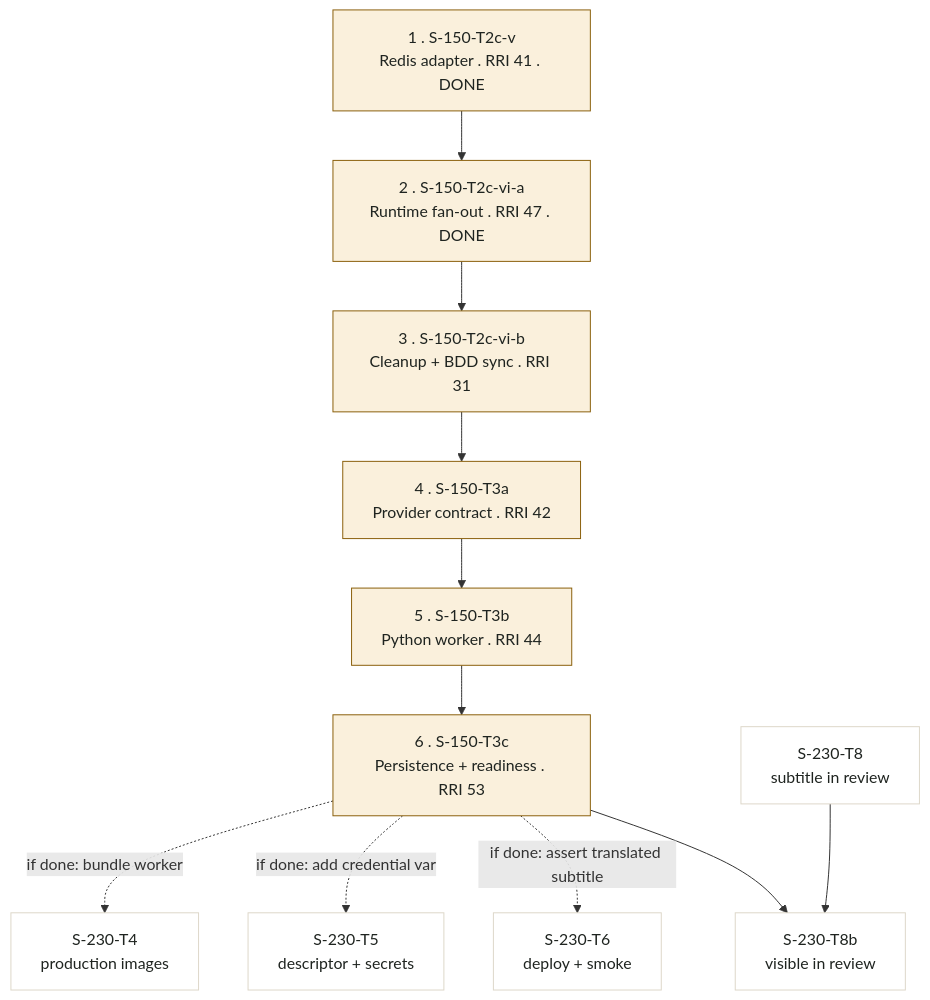
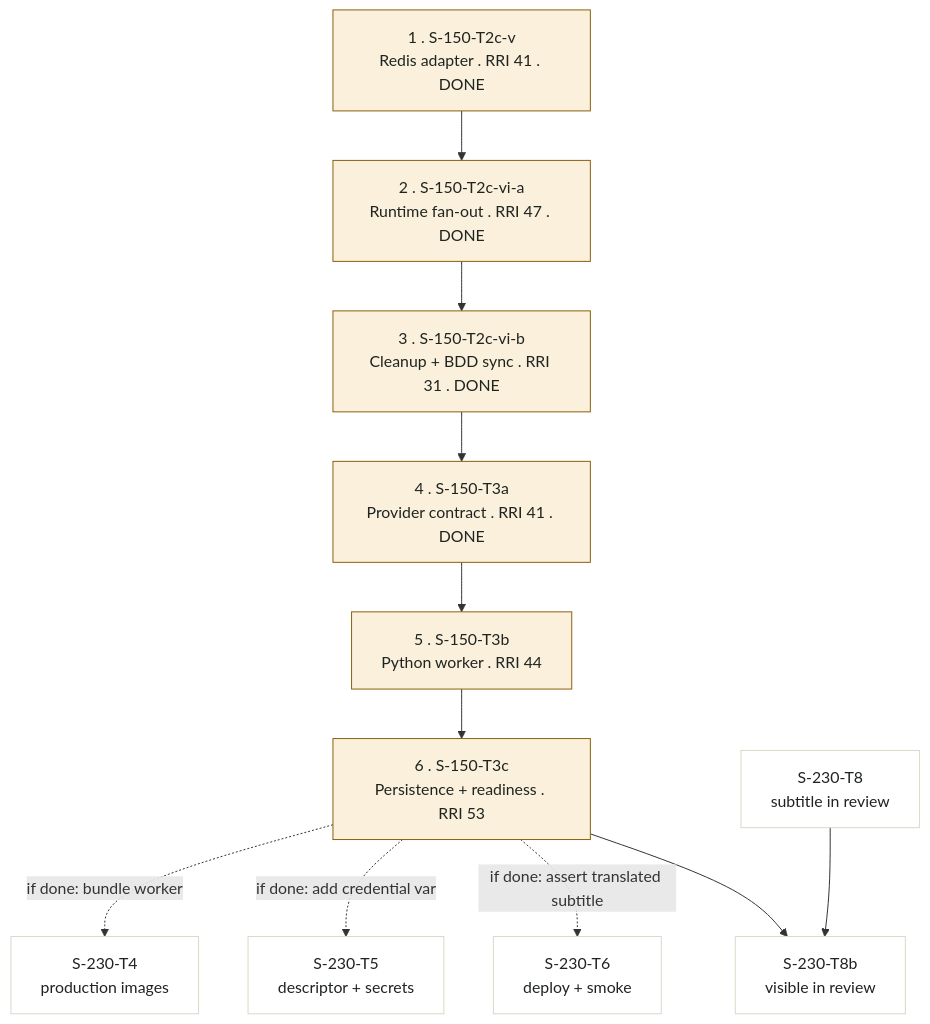
One commit to krukmat/dubbridge changed the diagram in docs/tasks/s-230-poc-v1-digitalocean.md. Above: the diagram before and after it, drawn with Mermaid. The commit also changed other lines of this file and 13 other files, not shown here.

First line of the commit message:
feat(s-150): translation provider/subprocess contract (S-150-T3a)

````diff
--- a/docs/tasks/s-230-poc-v1-digitalocean.md
+++ b/docs/tasks/s-230-poc-v1-digitalocean.md
@@ -1314,19 +1318,19 @@
 ```mermaid
 flowchart TD
     T2CV["1 . S-150-T2c-v<br/>Redis adapter . RRI 41 . DONE"] --> T2CVIA["2 . S-150-T2c-vi-a<br/>Runtime fan-out . RRI 47 . DONE"]
-    T2CVIA --> T2CVIB["3 . S-150-T2c-vi-b<br/>Cleanup + BDD sync . RRI 31"]
-    T2CVIB --> T3A["4 . S-150-T3a<br/>Provider contract . RRI 42"]
+    T2CVIA --> T2CVIB["3 . S-150-T2c-vi-b<br/>Cleanup + BDD sync . RRI 31 . DONE"]
+    T2CVIB --> T3A["4 . S-150-T3a<br/>Provider contract . RRI 41 . DONE"]
     T3A --> T3Bc["5 . S-150-T3b<br/>Python worker . RRI 44"]
     T3Bc --> T3C["6 . S-150-T3c<br/>Persistence + readiness . RRI 53"]
 
     T3C -. "if done: bundle worker" .-> T4["S-230-T4<br/>production images"]
     T3C -. "if done: add credential var" .-> T5["S-230-T5<br/>descriptor + secrets"]
     T3C -. "if done: assert translated subtitle" .-> T6["S-230-T6<br/>deploy + smoke"]
     T3C --> T8b["S-230-T8b<br/>visible in review"]
     T8["S-230-T8<br/>subtitle in review"] --> T8b
 
     classDef child fill:#faf0dc,stroke:#8a5f0b,color:#1f2420;
     classDef ext fill:#ffffff,stroke:#ddd7c9,color:#1f2420;
     class T2CV,T2CVIA,T2CVIB,T3A,T3Bc,T3C child;
     class T4,T5,T6,T8,T8b ext;
 ```
````
